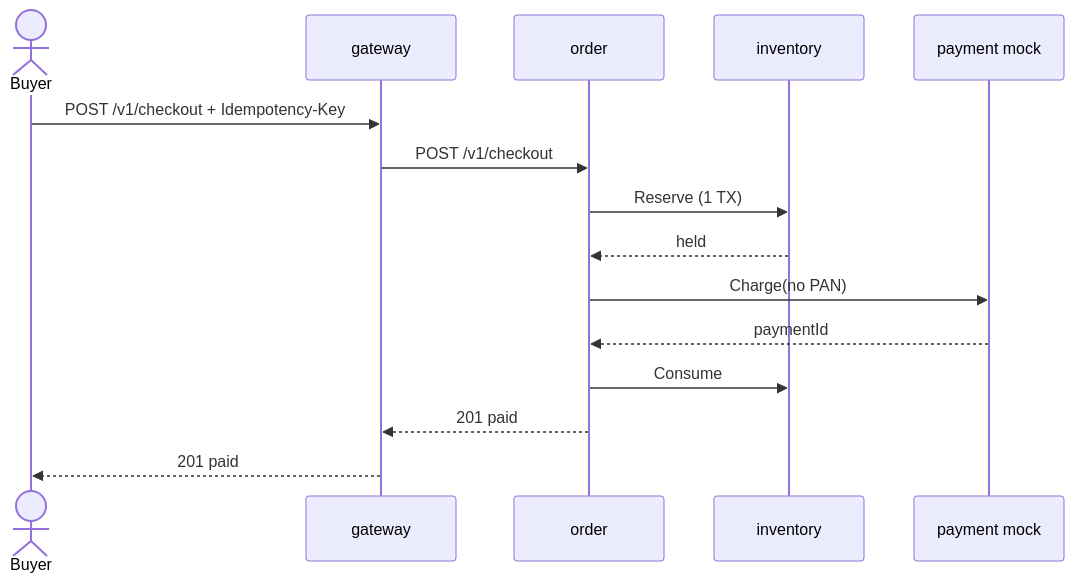
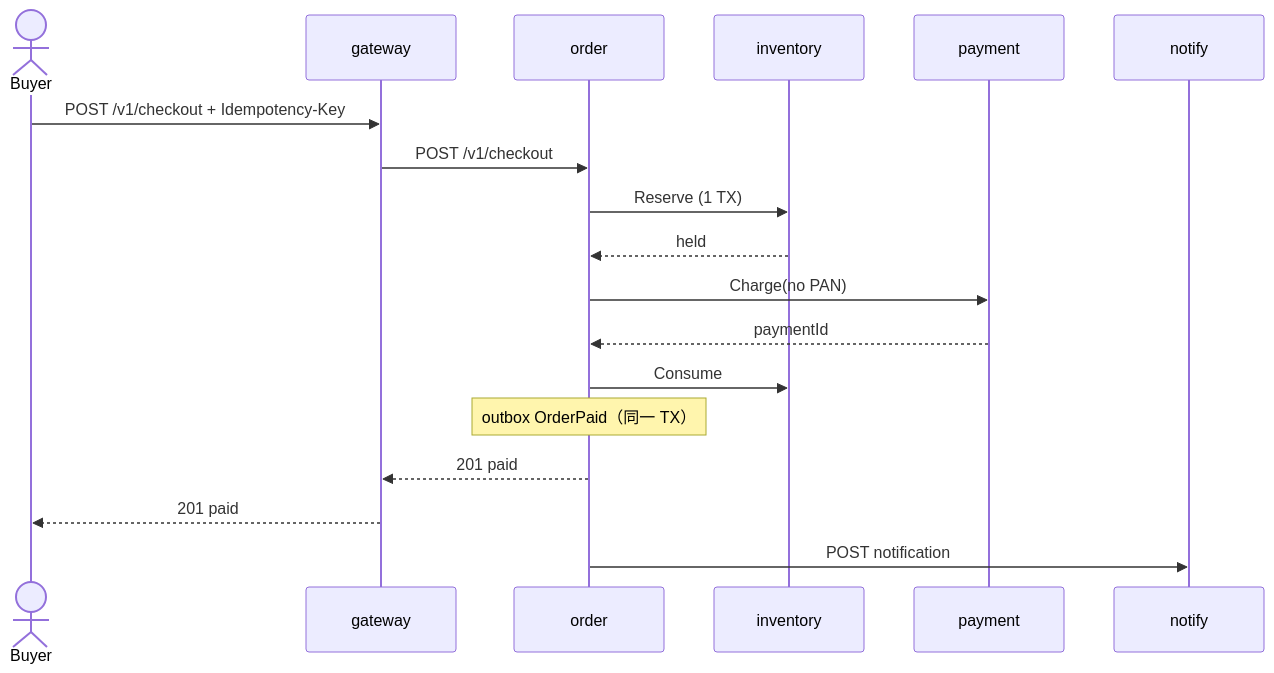
The third of 6 diagrams in portfolio-plan/commerce-platform/docs/06-diagrams.md (maeplego/portfolio-plan), drawn with Mermaid before and after one commit. The commit also changed other lines of this file and 50 other files, not shown here.

````diff
--- a/portfolio-plan/commerce-platform/docs/06-diagrams.md
+++ b/portfolio-plan/commerce-platform/docs/06-diagrams.md
@@ -51,17 +51,20 @@
 ```mermaid
 sequenceDiagram
   actor Buyer
   participant GW as gateway
   participant Ord as order
   participant Inv as inventory
-  participant Pay as payment mock
+  participant Pay as payment
+  participant Ntf as notify
   Buyer->>GW: POST /v1/checkout + Idempotency-Key
   GW->>Ord: POST /v1/checkout
   Ord->>Inv: Reserve (1 TX)
   Inv-->>Ord: held
   Ord->>Pay: Charge(no PAN)
   Pay-->>Ord: paymentId
   Ord->>Inv: Consume
+  Note over Ord: outbox OrderPaid（同一 TX）
   Ord-->>GW: 201 paid
   GW-->>Buyer: 201 paid
+  Ord->>Ntf: POST notification
 ```
````
